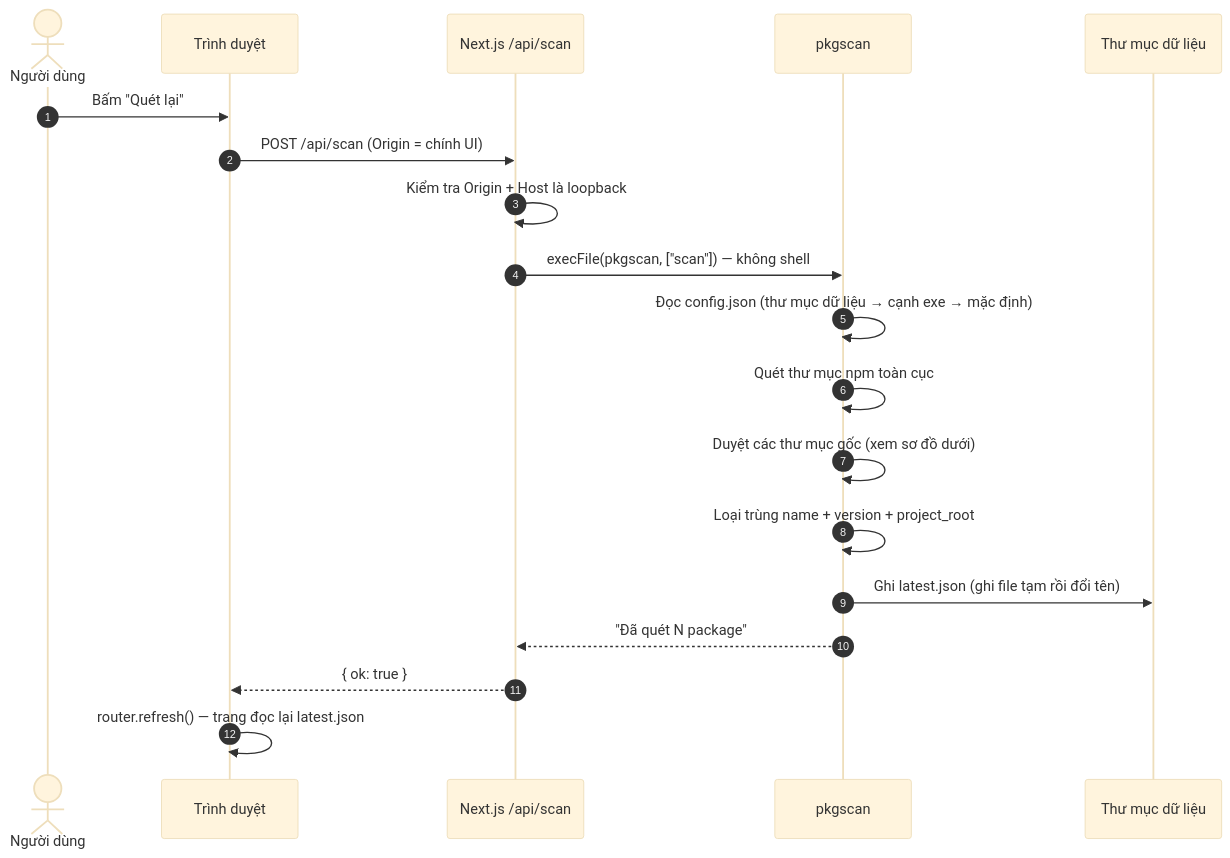
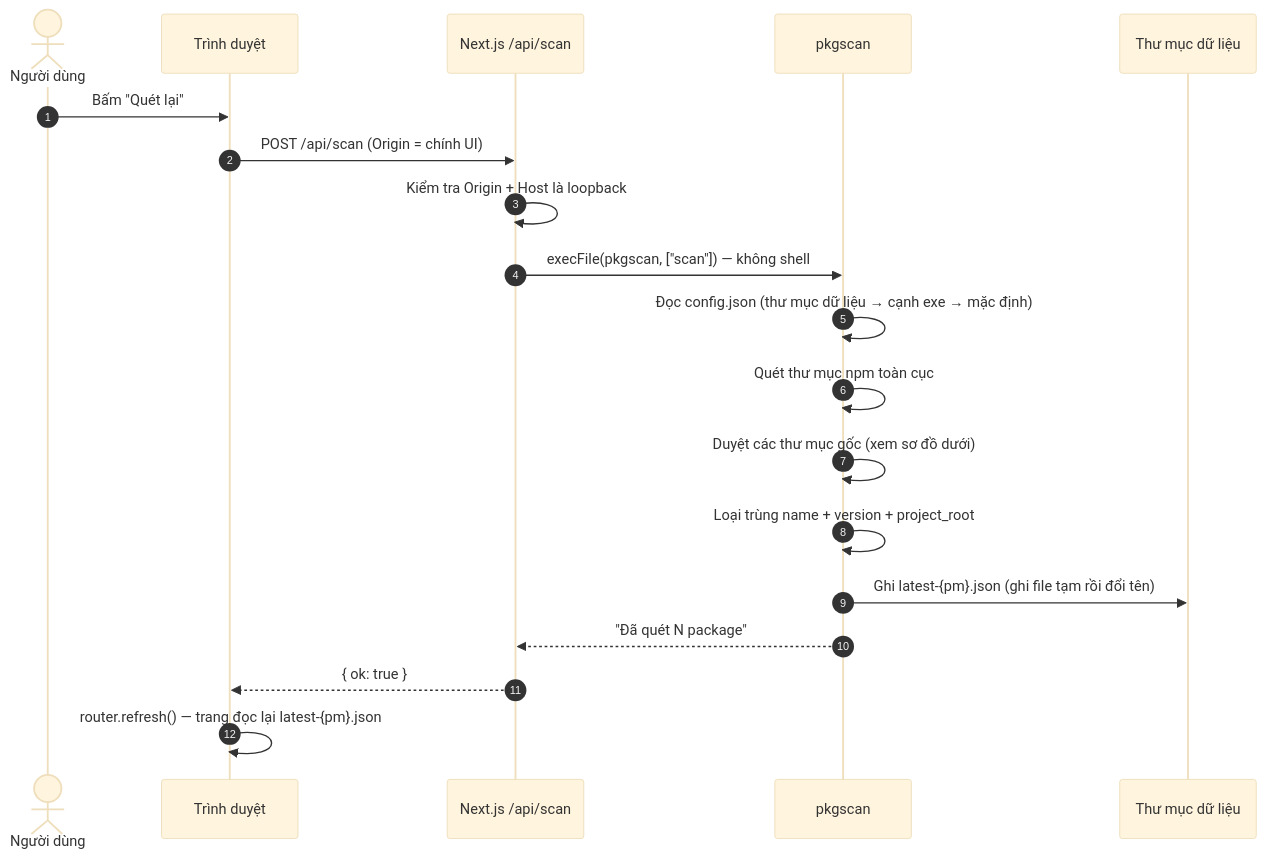
The second of 12 diagrams in docs/vi/workflows.md (phanhuyyy/libpack-guard), drawn with Mermaid (base theme) before and after one commit. The commit also changed other lines of this file and 50 other files, not shown here.

````diff
--- a/docs/vi/workflows.md
+++ b/docs/vi/workflows.md
@@ -38,22 +38,22 @@
 ```mermaid
 sequenceDiagram
     autonumber
     actor U as Người dùng
     participant B as Trình duyệt
     participant S as Next.js /api/scan
     participant A as pkgscan
     participant D as Thư mục dữ liệu
 
     U->>B: Bấm "Quét lại"
     B->>S: POST /api/scan (Origin = chính UI)
     S->>S: Kiểm tra Origin + Host là loopback
     S->>A: execFile(pkgscan, ["scan"]) — không shell
     A->>A: Đọc config.json (thư mục dữ liệu → cạnh exe → mặc định)
     A->>A: Quét thư mục npm toàn cục
     A->>A: Duyệt các thư mục gốc (xem sơ đồ dưới)
     A->>A: Loại trùng name + version + project_root
-    A->>D: Ghi latest.json (ghi file tạm rồi đổi tên)
+    A->>D: Ghi latest-{pm}.json (ghi file tạm rồi đổi tên)
     A-->>S: "Đã quét N package"
     S-->>B: { ok: true }
-    B->>B: router.refresh() — trang đọc lại latest.json
+    B->>B: router.refresh() — trang đọc lại latest-{pm}.json
 ```
````
